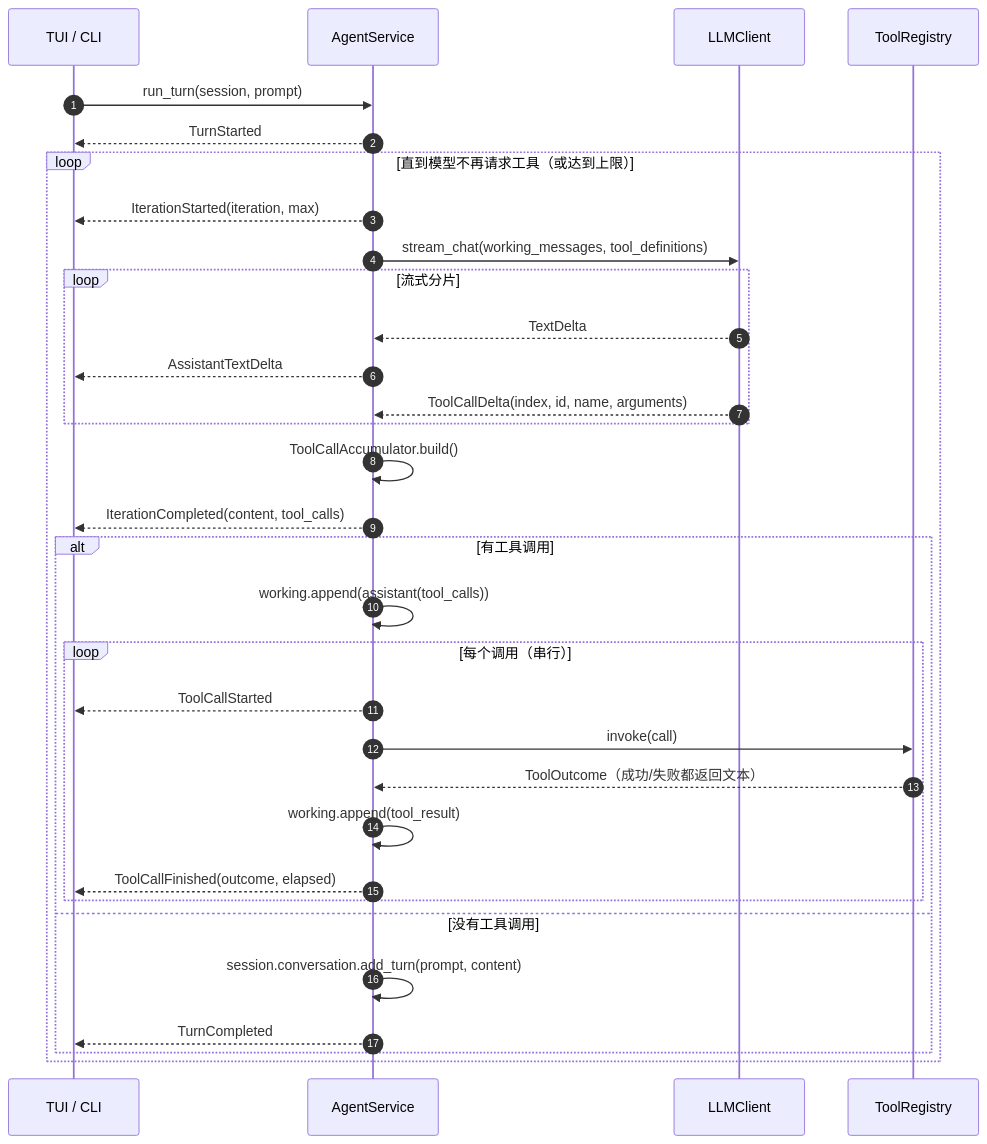
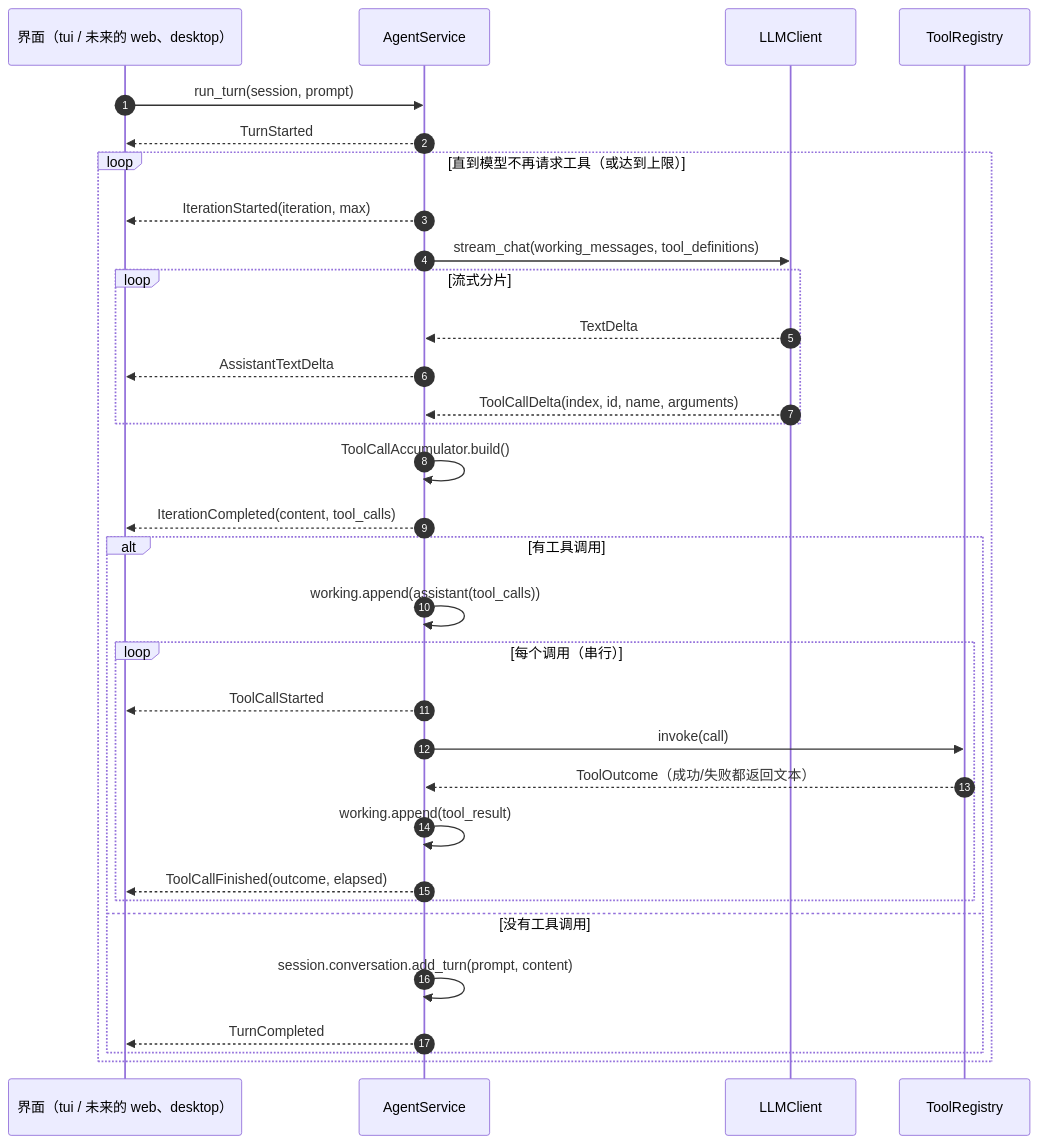
One commit to atfa/LLM-Homework changed the second of 3 diagrams in Agent/xAgent/ARCHITECTURE.md. Above: the diagram before and after it, drawn with Mermaid. The commit also changed other lines of this file and 35 other files, not shown here.

````diff
--- a/Agent/xAgent/ARCHITECTURE.md
+++ b/Agent/xAgent/ARCHITECTURE.md
@@ -81,35 +86,35 @@
 ```mermaid
 sequenceDiagram
     autonumber
-    participant UI as TUI / CLI
+    participant UI as 界面（tui / 未来的 web、desktop）
     participant S as AgentService
     participant L as LLMClient
     participant T as ToolRegistry
 
     UI->>S: run_turn(session, prompt)
     S-->>UI: TurnStarted
     loop 直到模型不再请求工具（或达到上限）
         S-->>UI: IterationStarted(iteration, max)
         S->>L: stream_chat(working_messages, tool_definitions)
         loop 流式分片
             L-->>S: TextDelta
             S-->>UI: AssistantTextDelta
             L-->>S: ToolCallDelta(index, id, name, arguments)
         end
         S->>S: ToolCallAccumulator.build()
         S-->>UI: IterationCompleted(content, tool_calls)
         alt 有工具调用
             S->>S: working.append(assistant(tool_calls))
             loop 每个调用（串行）
                 S-->>UI: ToolCallStarted
                 S->>T: invoke(call)
                 T-->>S: ToolOutcome（成功/失败都返回文本）
                 S->>S: working.append(tool_result)
                 S-->>UI: ToolCallFinished(outcome, elapsed)
             end
         else 没有工具调用
             S->>S: session.conversation.add_turn(prompt, content)
             S-->>UI: TurnCompleted
         end
     end
 ```
````
